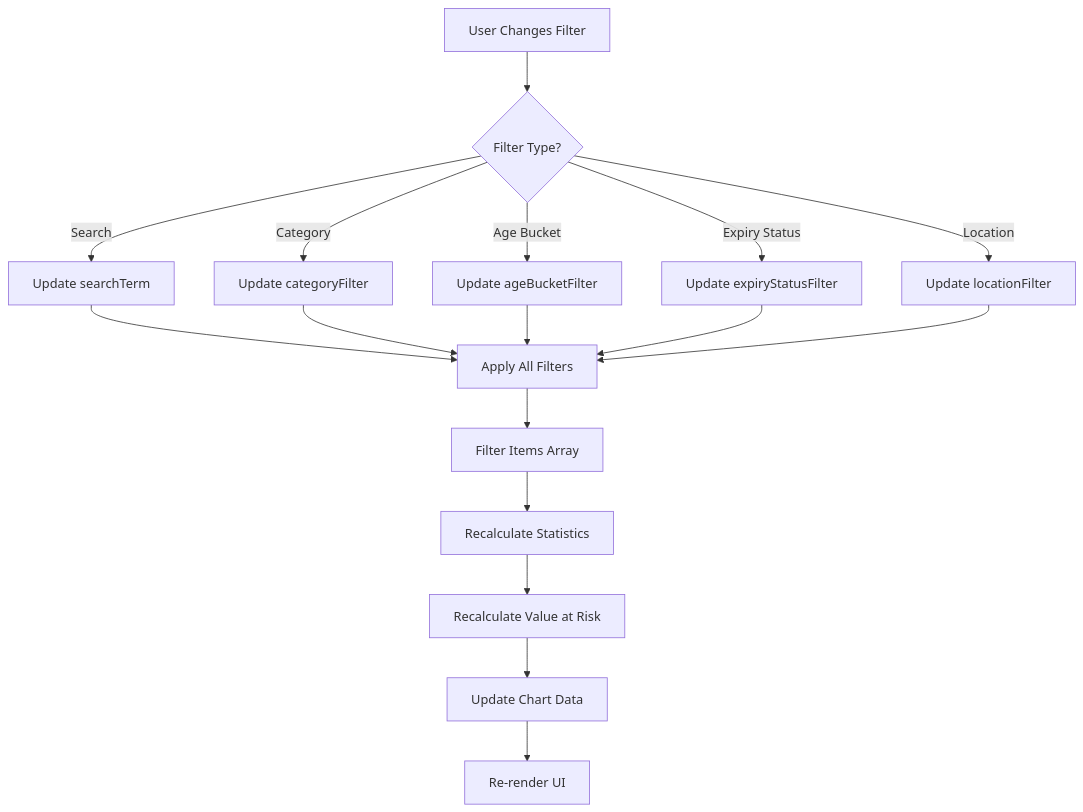
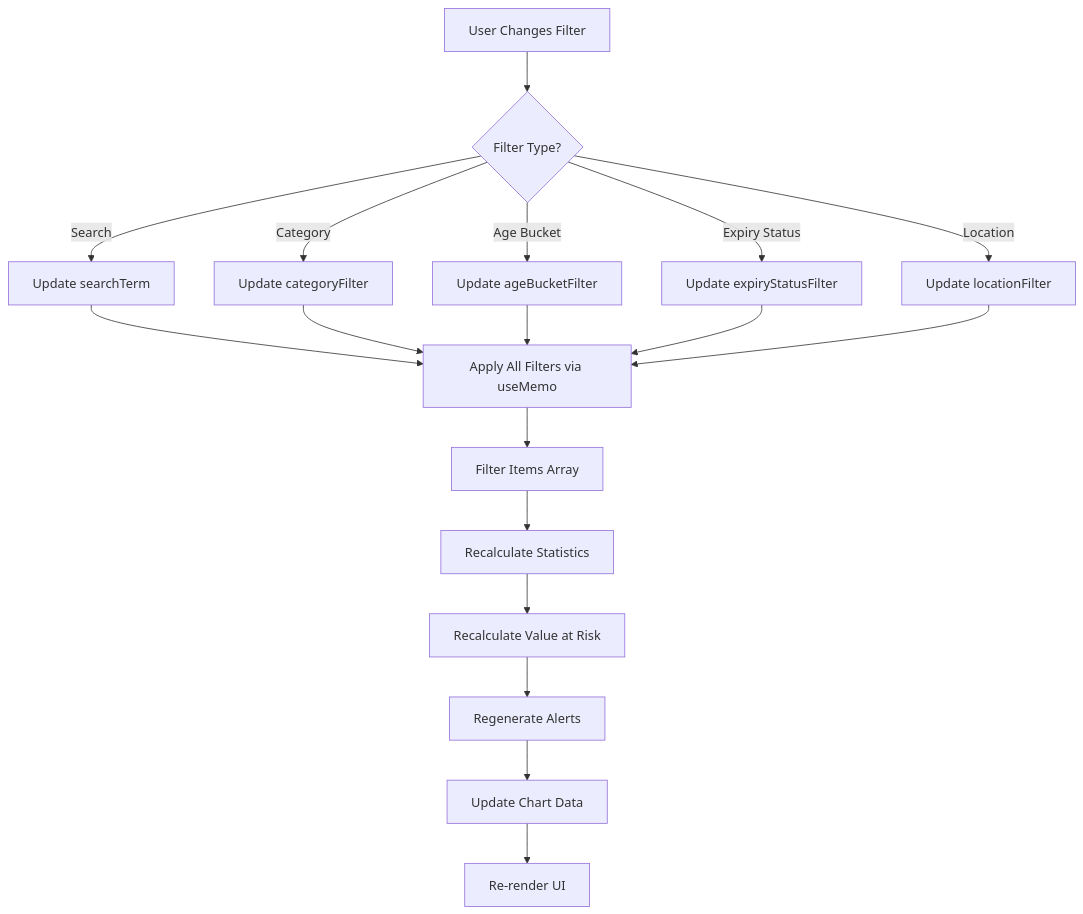
The sixth of 23 diagrams in docs/app/inventory-management/stock-overview/inventory-aging/FD-inventory-aging.md (PeakMNA/carmen), drawn with Mermaid before and after one commit. The commit also changed other lines of this file and 473 other files, not shown here.

````diff
--- a/docs/app/inventory-management/stock-overview/inventory-aging/FD-inventory-aging.md
+++ b/docs/app/inventory-management/stock-overview/inventory-aging/FD-inventory-aging.md
@@ -97,19 +138,20 @@
 ```mermaid
-flowchart TD
+graph TD
     A[User Changes Filter] --> B{Filter Type?}
     B -->|Search| C[Update searchTerm]
     B -->|Category| D[Update categoryFilter]
     B -->|Age Bucket| E[Update ageBucketFilter]
     B -->|Expiry Status| F[Update expiryStatusFilter]
     B -->|Location| G[Update locationFilter]
-    C --> H[Apply All Filters]
+    C --> H[Apply All Filters via useMemo]
     D --> H
     E --> H
     F --> H
     G --> H
     H --> I[Filter Items Array]
     I --> J[Recalculate Statistics]
     J --> K[Recalculate Value at Risk]
-    K --> L[Update Chart Data]
-    L --> M[Re-render UI]
+    K --> L[Regenerate Alerts]
+    L --> M[Update Chart Data]
+    M --> N[Re-render UI]
 ```
````
